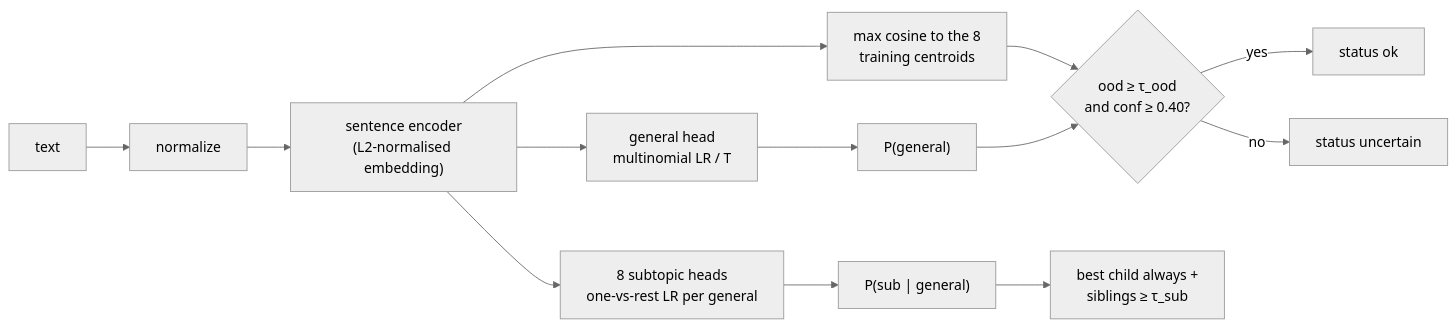
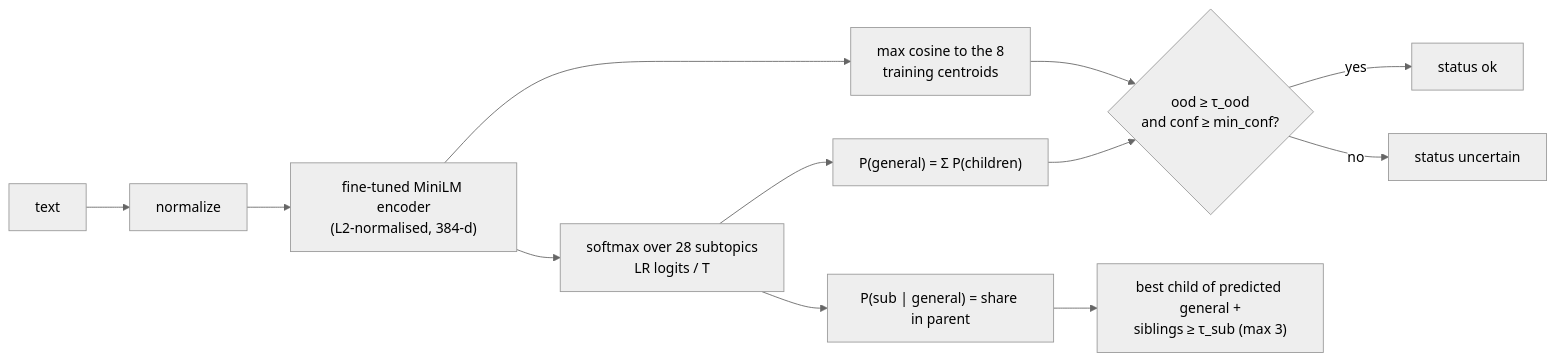
One commit to Ozgurisikdamar/Cont changed the third of 5 diagrams in docs/architecture.md. Above: the diagram before and after it, drawn with Mermaid (neutral theme). The commit also changed other lines of this file and 2 other files, not shown here.

Commit message:
Update architecture, security review and CLAUDE.md for the chosen model

````diff
--- a/docs/architecture.md
+++ b/docs/architecture.md
@@ -99,11 +103,12 @@
 ```mermaid
 flowchart LR
-    x["text"] --> n["normalize"] --> e["sentence encoder<br/>(L2-normalised embedding)"]
-    e --> g["general head<br/>multinomial LR / T"] --> pg["P(general)"]
-    e --> h["8 subtopic heads<br/>one-vs-rest LR per general"] --> pc["P(sub | general)"]
-    e --> o["max cosine to the 8<br/>training centroids"] --> od{"ood ≥ τ_ood<br/>and conf ≥ 0.40?"}
+    x["text"] --> n["normalize"] --> e["fine-tuned MiniLM encoder<br/>(L2-normalised, 384-d)"]
+    e --> s["softmax over 28 subtopics<br/>LR logits / T"]
+    s --> pg["P(general) = Σ P(children)"]
+    s --> pc["P(sub | general) = share in parent"]
+    e --> o["max cosine to the 8<br/>training centroids"] --> od{"ood ≥ τ_ood<br/>and conf ≥ min_conf?"}
     pg --> od
-    pc --> dec["best child always +<br/>siblings ≥ τ_sub"]
+    pc --> dec["best child of predicted general +<br/>siblings ≥ τ_sub (max 3)"]
     od -->|yes| ok["status ok"]
     od -->|no| unc["status uncertain"]
 ```
````
